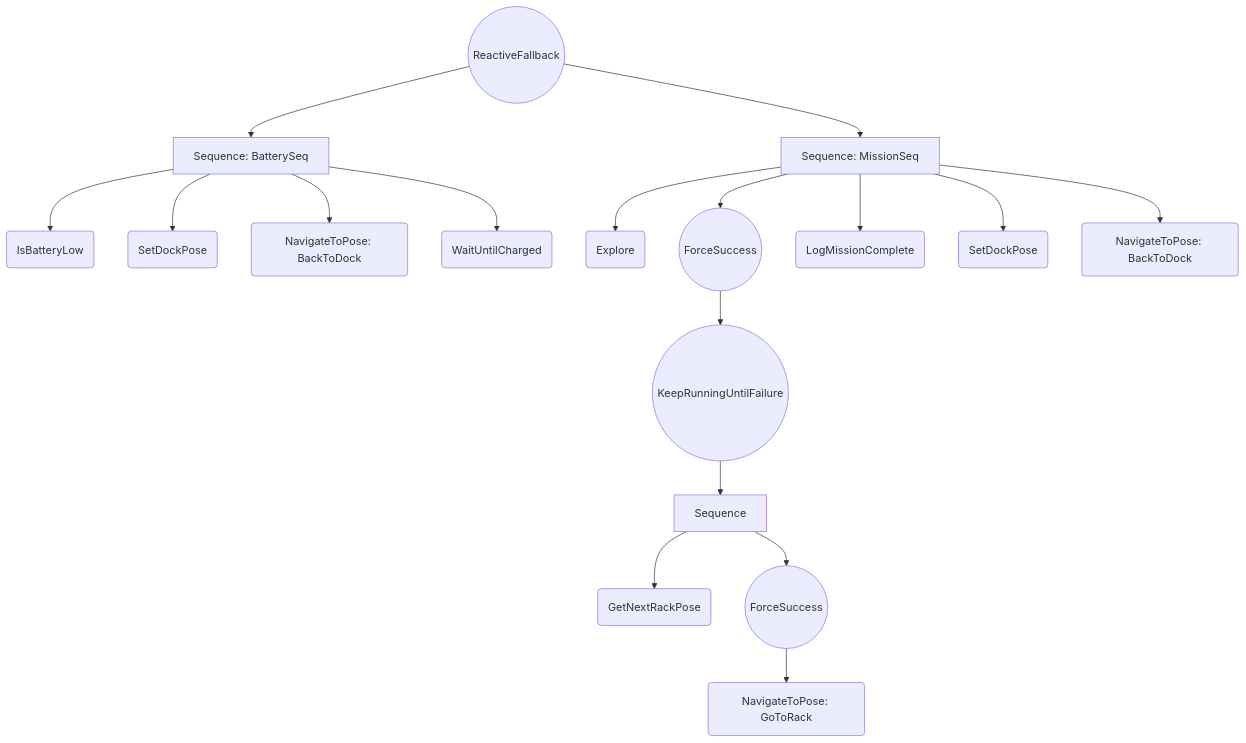
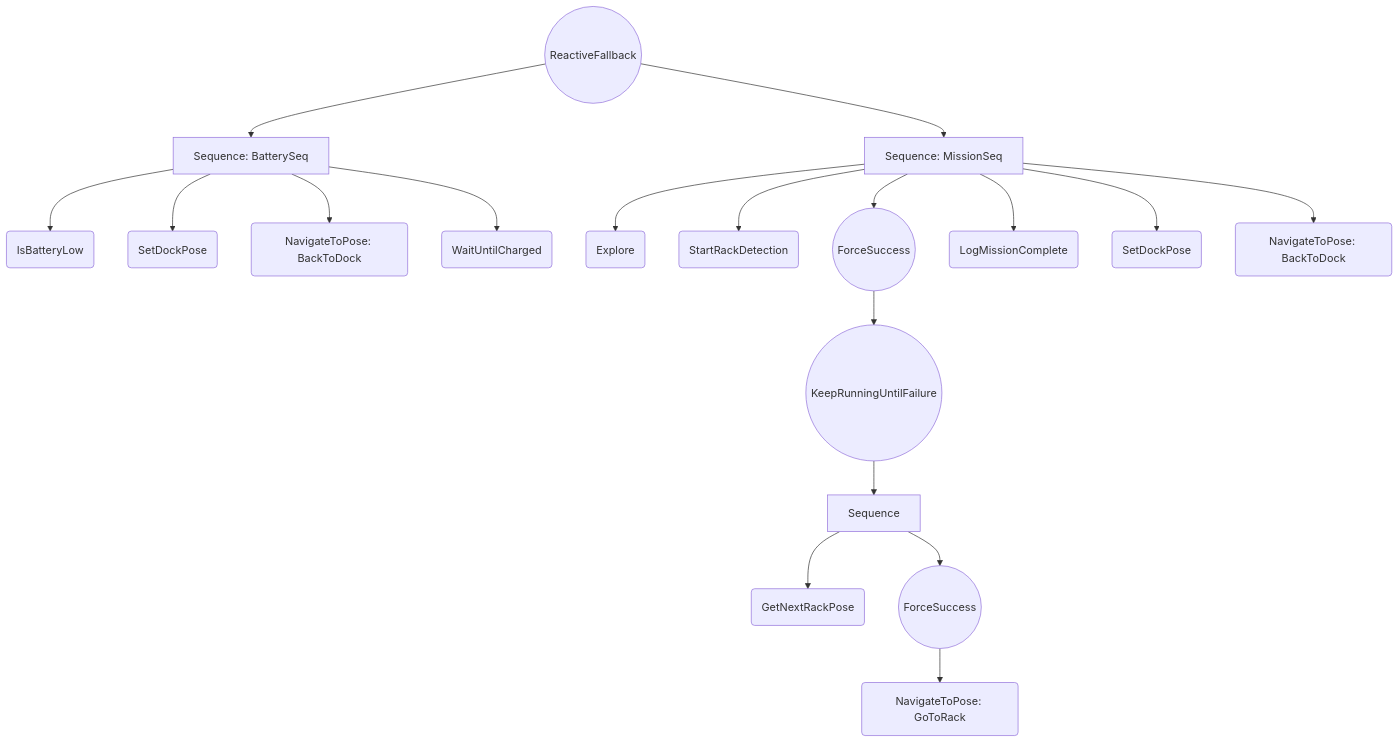
The diagram in README.md (Aadil12m/Warehouse_AMR), drawn with Mermaid before and after one commit. The commit also changed other lines of this file and 9 other files, not shown here.

````diff
--- a/README.md
+++ b/README.md
@@ -133,26 +133,27 @@
 ```mermaid
 graph TD
     Root((ReactiveFallback))
     
     %% Battery Interrupt Branch (High Priority)
     Root --> BatterySeq[Sequence: BatterySeq]
     BatterySeq --> IsBatteryLow(IsBatteryLow)
     BatterySeq --> SetDockPose1(SetDockPose)
     BatterySeq --> BackToDock1(NavigateToPose: BackToDock)
     BatterySeq --> WaitUntilCharged(WaitUntilCharged)
     
     %% Main Mission Branch (Normal Priority)
     Root --> MissionSeq[Sequence: MissionSeq]
     MissionSeq --> Explore(Explore)
+    MissionSeq --> StartRackDetection(StartRackDetection)
     MissionSeq --> FS1((ForceSuccess))
     FS1 --> KR((KeepRunningUntilFailure))
     KR --> RackSeq[Sequence]
     RackSeq --> GetNextRackPose(GetNextRackPose)
     RackSeq --> FS2((ForceSuccess))
     FS2 --> GoToRack(NavigateToPose: GoToRack)
     
     %% Final Docking Sequence
     MissionSeq --> LogMissionComplete(LogMissionComplete)
     MissionSeq --> SetDockPose2(SetDockPose)
     MissionSeq --> BackToDock2(NavigateToPose: BackToDock)
 ```
````
